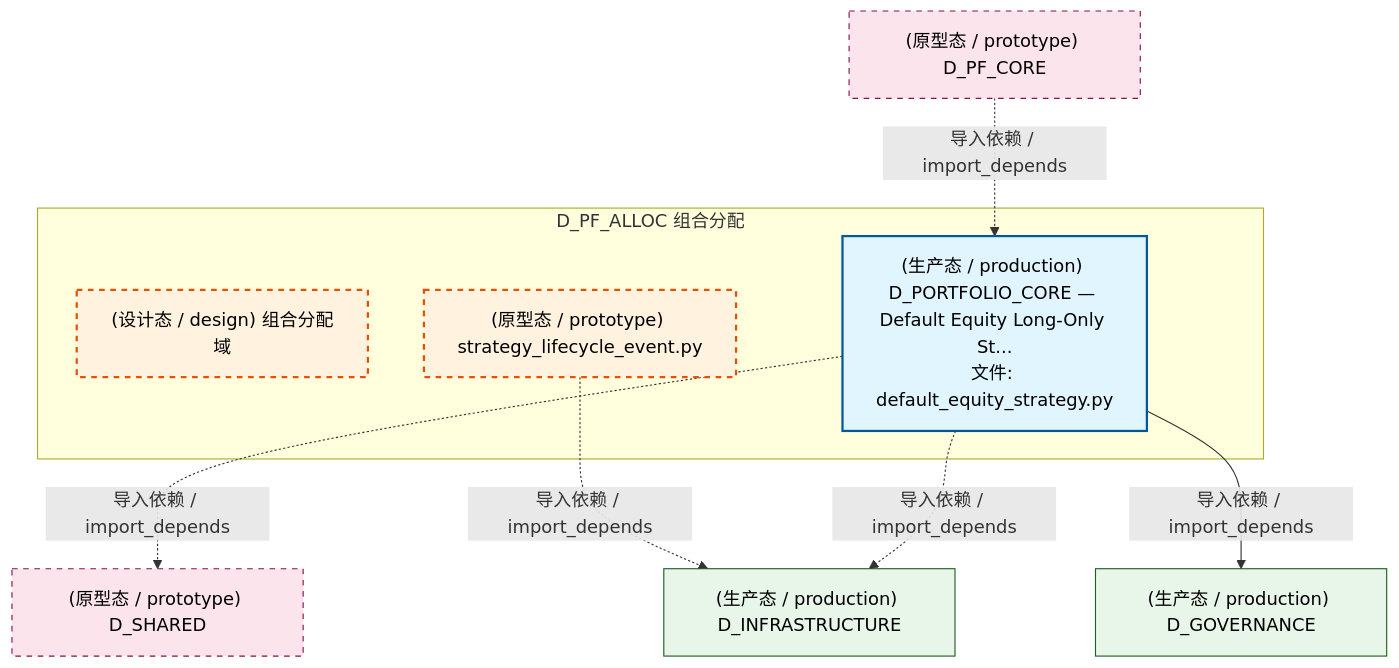
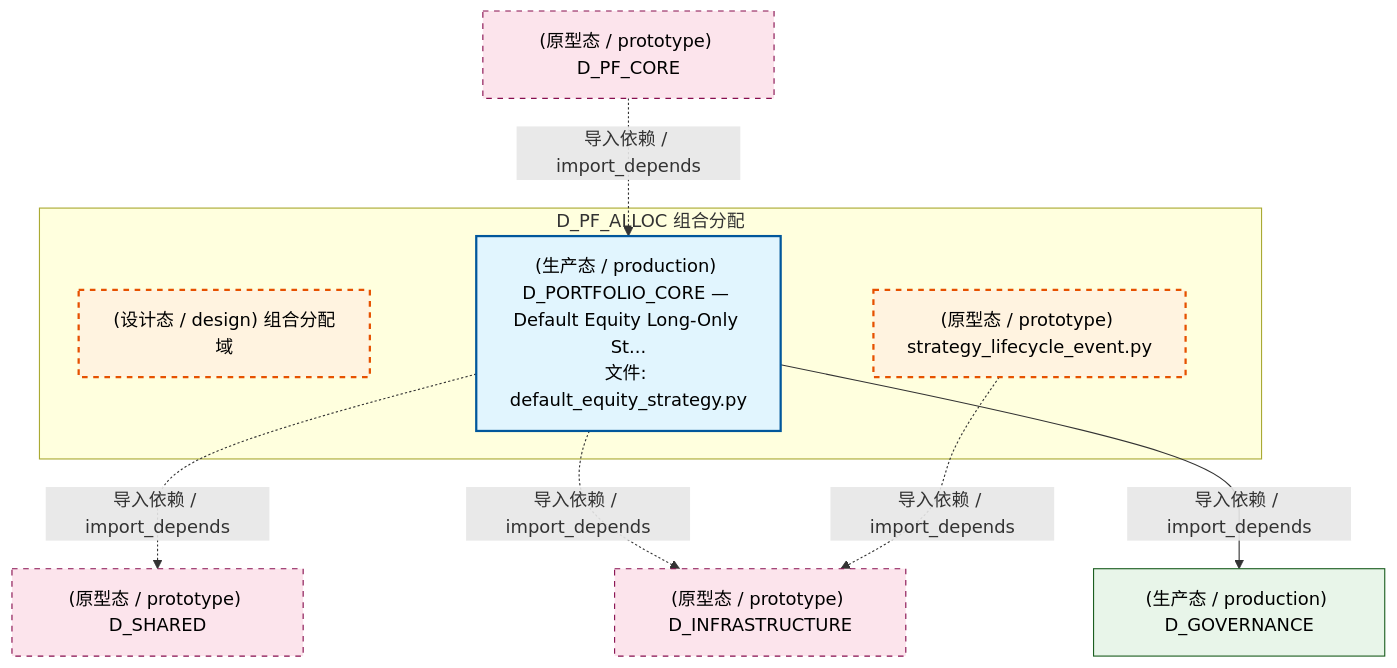
The first of 5 diagrams in docs/02_enterprise_architecture/02_domain_architecture_docs/51_d_pf_alloc.md (xuanFelixVan/ZephyrAlpha), drawn with Mermaid before and after one commit. The commit also changed 98 other files, not shown here.

````diff
--- a/docs/02_enterprise_architecture/02_domain_architecture_docs/51_d_pf_alloc.md
+++ b/docs/02_enterprise_architecture/02_domain_architecture_docs/51_d_pf_alloc.md
@@ -70,25 +70,25 @@
 ```mermaid
 graph TD
     subgraph D_PF_ALLOC["D_PF_ALLOC 组合分配"]
         src_zephyr_pf_alloc["(设计态 / design) 组合分配域"]
         src_zephyr_pf_alloc_strategy_lifecycle_event_py["(原型态 / prototype) strategy_lifecycle_event.py"]
         src_zephyr_pf_core_default_equity_strategy_py["(生产态 / production) D_PORTFOLIO_CORE — Default Equity Long-Only St...<br/>文件: default_equity_strategy.py"]
     end
-    D_INFRASTRUCTURE["(生产态 / production) D_INFRASTRUCTURE"]
-    src_zephyr_pf_alloc_strategy_lifecycle_event_py -.->|导入依赖 / import_depends| D_INFRASTRUCTURE
     D_SHARED["(原型态 / prototype) D_SHARED"]
     src_zephyr_pf_core_default_equity_strategy_py -.->|导入依赖 / import_depends| D_SHARED
+    D_INFRASTRUCTURE["(原型态 / prototype) D_INFRASTRUCTURE"]
     src_zephyr_pf_core_default_equity_strategy_py -.->|导入依赖 / import_depends| D_INFRASTRUCTURE
+    src_zephyr_pf_alloc_strategy_lifecycle_event_py -.->|导入依赖 / import_depends| D_INFRASTRUCTURE
     D_GOVERNANCE["(生产态 / production) D_GOVERNANCE"]
     src_zephyr_pf_core_default_equity_strategy_py -->|导入依赖 / import_depends| D_GOVERNANCE
     D_PF_CORE["(原型态 / prototype) D_PF_CORE"]
     D_PF_CORE -.->|导入依赖 / import_depends| src_zephyr_pf_core_default_equity_strategy_py
     classDef production fill:#e1f5fe,stroke:#01579b,stroke-width:2px,color:#000
     classDef design fill:#fff3e0,stroke:#e65100,stroke-width:2px,color:#000,stroke-dasharray: 5 5
     classDef external_prod fill:#e8f5e9,stroke:#1b5e20,stroke-width:1px,color:#000
     classDef external_design fill:#fce4ec,stroke:#880e4f,stroke-width:1px,color:#000,stroke-dasharray: 5 5
     class src_zephyr_pf_core_default_equity_strategy_py production
     class src_zephyr_pf_alloc,src_zephyr_pf_alloc_strategy_lifecycle_event_py design
-    class D_INFRASTRUCTURE,D_GOVERNANCE external_prod
-    class D_SHARED,D_PF_CORE external_design
+    class D_GOVERNANCE external_prod
+    class D_SHARED,D_INFRASTRUCTURE,D_PF_CORE external_design
 ```
````
